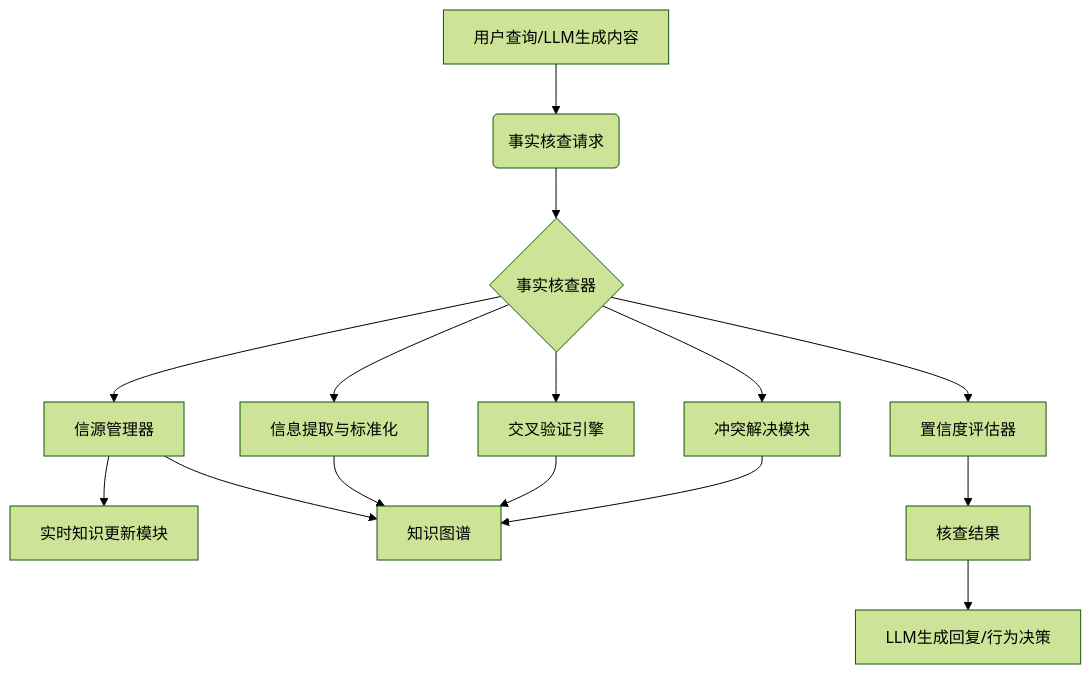
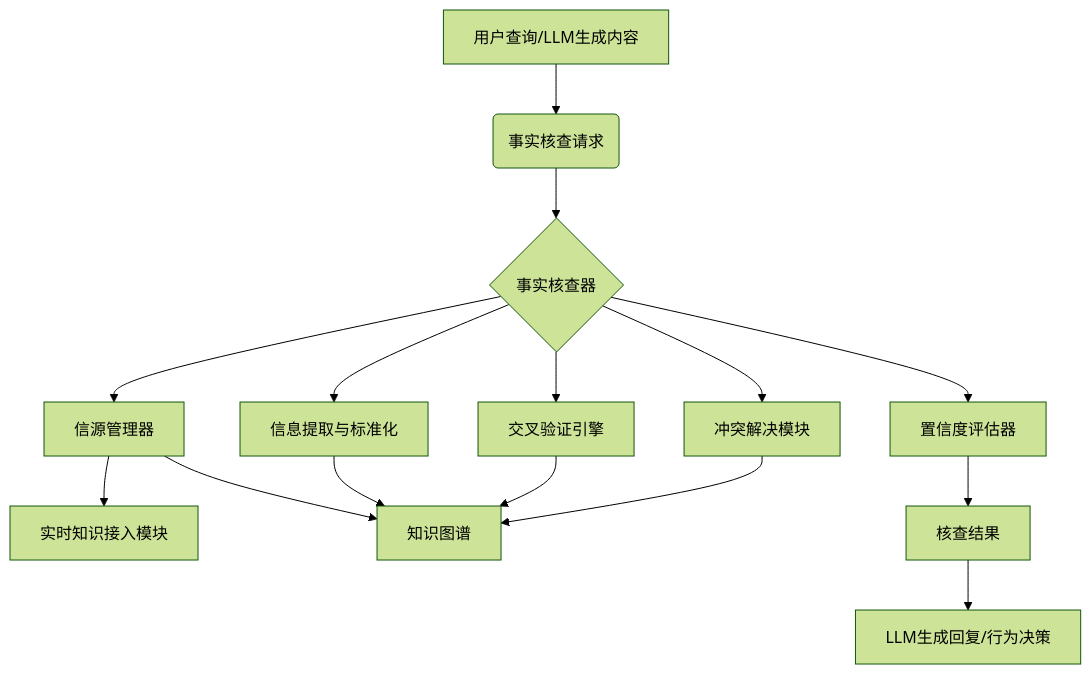
The diagram in docs/architecture/fact_checker.md (Zikang0/Mirexs), drawn with Mermaid (forest theme) before and after one commit. The commit also changed other lines of this file, not shown here.

Commit message:
更新 fact_checker.md

````diff
--- a/docs/architecture/fact_checker.md
+++ b/docs/architecture/fact_checker.md
@@ -21,17 +32,17 @@
 ```mermaid
 graph TD
-    A[用户查询/LLM生成内容] --> B(事实核查请求);;
-    B --> C{事实核查器};;
-    C --> D[信源管理器];;
-    C --> E[信息提取与标准化];;
-    C --> F[交叉验证引擎];;
-    C --> G[冲突解决模块];;
-    D --> H[实时知识更新模块];;
-    D --> I[知识图谱];;
+    A[用户查询/LLM生成内容] --> B(事实核查请求)
+    B --> C{事实核查器}
+    C --> D[信源管理器]
+    C --> E[信息提取与标准化]
+    C --> F[交叉验证引擎]
+    C --> G[冲突解决模块]
+    D --> H[实时知识接入模块]
+    D --> I[知识图谱]
     E --> I;
     F --> I;
     G --> I;
-    C --> J[置信度评估器];;
-    J --> K[核查结果];;
-    K --> L[LLM生成回复/行为决策];;
+    C --> J[置信度评估器]
+    J --> K[核查结果]
+    K --> L[LLM生成回复/行为决策]
 ```
````
